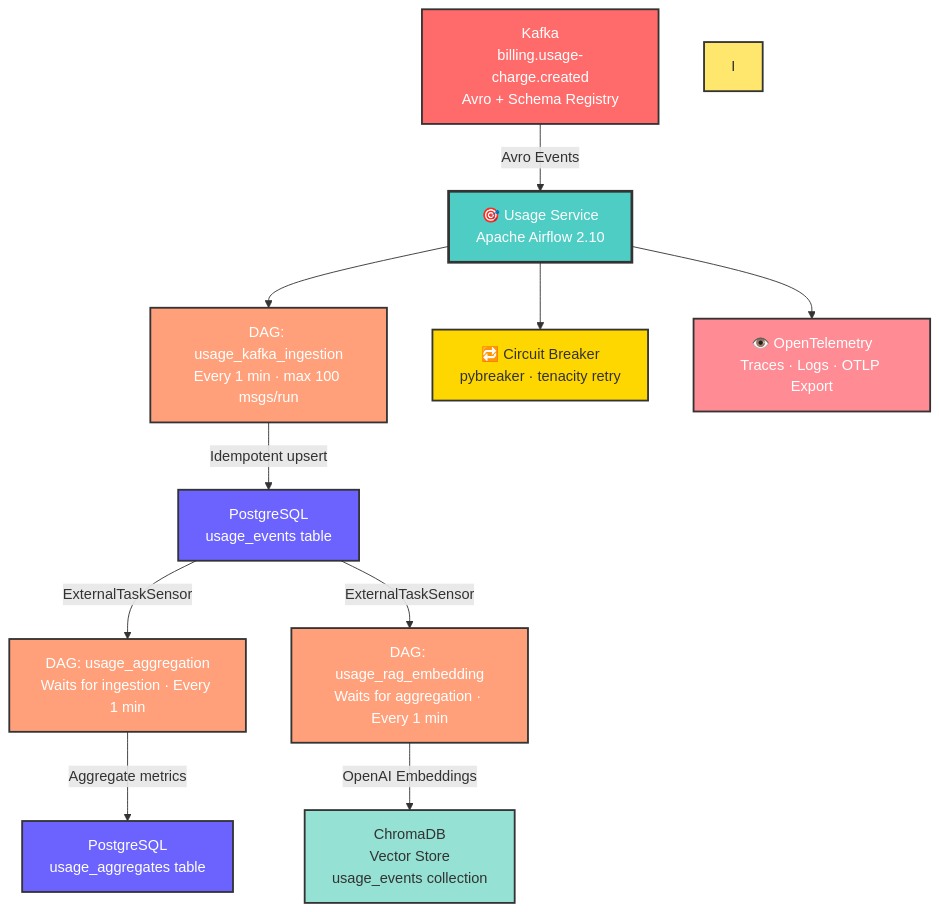
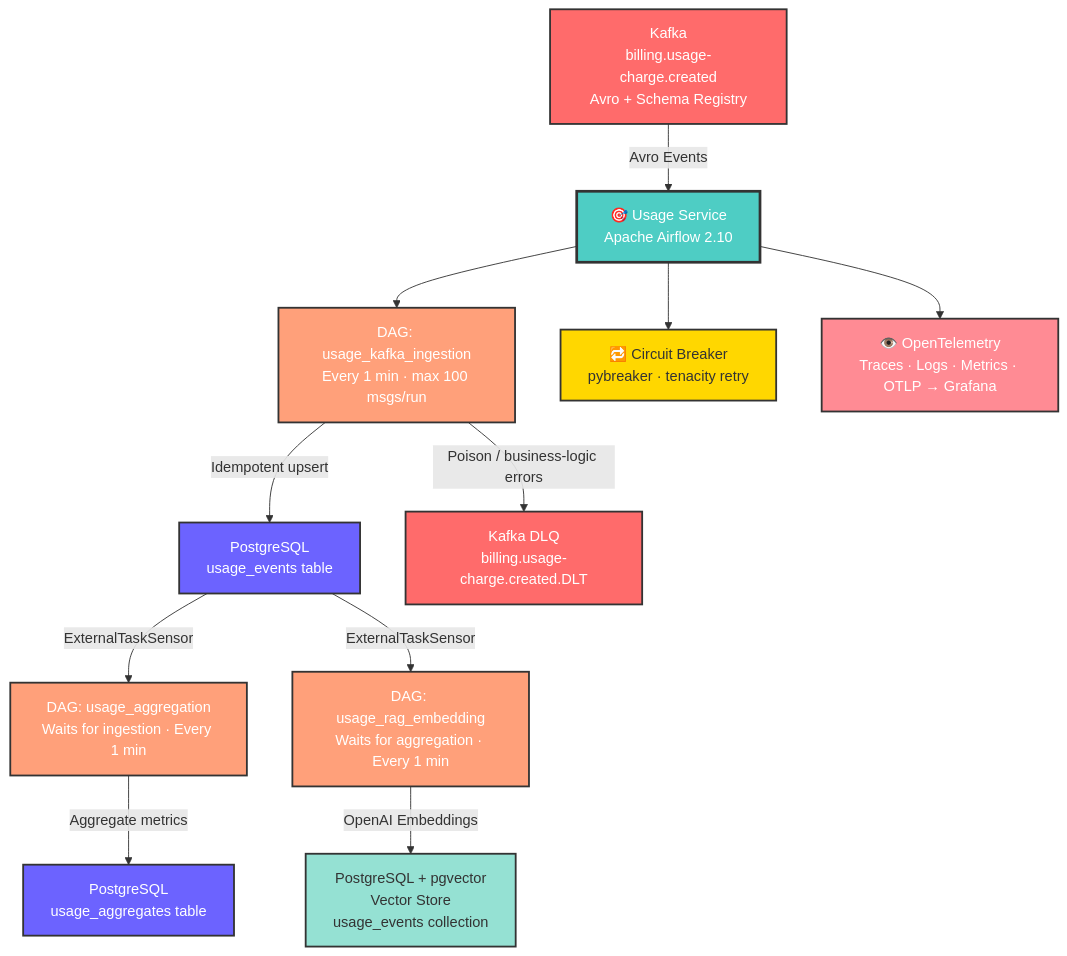
Before and after one commit to huzaifa678/usage-service: the diagram in README.md, drawn with Mermaid. The commit also changed other lines of this file, not shown here.

Commit message:
updated readme for pgvector fastapi and observability

````diff
--- a/README.md
+++ b/README.md
@@ -11,28 +11,30 @@
 ```mermaid
 graph TD
     A["Kafka<br/>billing.usage-charge.created<br/>Avro + Schema Registry"] -->|Avro Events| B["🎯 Usage Service<br/>Apache Airflow 2.10"]
 
     B --> C["DAG: usage_kafka_ingestion<br/>Every 1 min · max 100 msgs/run"]
     C -->|Idempotent upsert| D["PostgreSQL<br/>usage_events table"]
 
     D -->|ExternalTaskSensor| E["DAG: usage_aggregation<br/>Waits for ingestion · Every 1 min"]
     E -->|Aggregate metrics| F["PostgreSQL<br/>usage_aggregates table"]
 
     D -->|ExternalTaskSensor| G["DAG: usage_rag_embedding<br/>Waits for aggregation · Every 1 min"]
-    G -->|OpenAI Embeddings| H["ChromaDB<br/>Vector Store<br/>usage_events collection"]
+    G -->|OpenAI Embeddings| H["PostgreSQL + pgvector<br/>Vector Store<br/>usage_events collection"]
+
+    C -->|Poison / business-logic errors| L["Kafka DLQ<br/>billing.usage-charge.created.DLT"]
 
     B --> J["🔁 Circuit Breaker<br/>pybreaker · tenacity retry"]
-    B --> K["👁️ OpenTelemetry<br/>Traces · Logs · OTLP Export"]
+    B --> K["👁️ OpenTelemetry<br/>Traces · Logs · Metrics · OTLP → Grafana"]
 
     style A fill:#FF6B6B,stroke:#333,color:#fff,stroke-width:2px
     style B fill:#4ECDC4,stroke:#333,color:#fff,stroke-width:3px
     style C fill:#FFA07A,stroke:#333,color:#fff,stroke-width:2px
     style D fill:#6C63FF,stroke:#333,color:#fff,stroke-width:2px
     style E fill:#FFA07A,stroke:#333,color:#fff,stroke-width:2px
     style F fill:#6C63FF,stroke:#333,color:#fff,stroke-width:2px
     style G fill:#FFA07A,stroke:#333,color:#fff,stroke-width:2px
     style H fill:#95E1D3,stroke:#333,color:#333,stroke-width:2px
-    style I fill:#FFE66D,stroke:#333,color:#333,stroke-width:2px
     style J fill:#FFD700,stroke:#333,color:#333,stroke-width:2px
     style K fill:#FF8B94,stroke:#333,color:#fff,stroke-width:2px
+    style L fill:#FF6B6B,stroke:#333,color:#fff,stroke-width:2px
 ```
````
